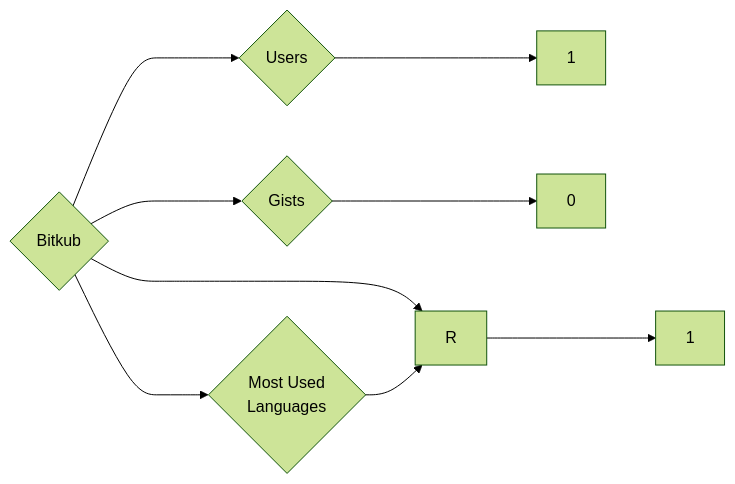
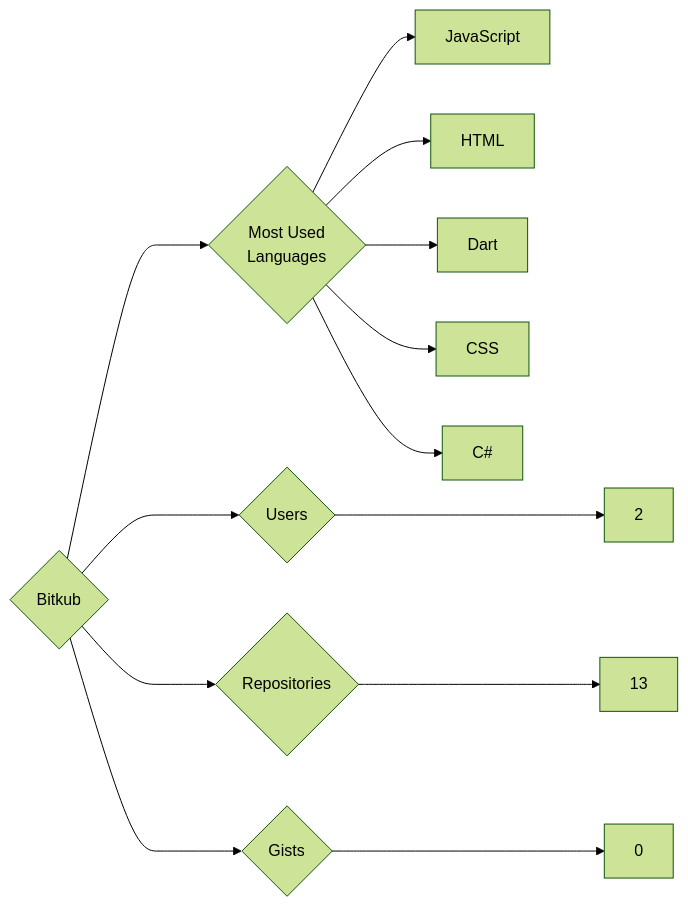
The diagram in targets/Bitkub/README.md (trickest/insiders), drawn with Mermaid (forest theme) before and after one commit. The commit also changed 988 other files, not shown here.

````diff
--- a/targets/Bitkub/README.md
+++ b/targets/Bitkub/README.md
@@ -3,9 +3,13 @@
 ```mermaid
 graph LR
 COMPANY_NAME{Bitkub}
-COMPANY_NAME ---> U{Users} ---> UN[1]
-COMPANY_NAME ---> R{Repositories} ---> RN[1]
+COMPANY_NAME ---> U{Users} ---> UN[2]
+COMPANY_NAME ---> R{Repositories} ---> RN[13]
 COMPANY_NAME ---> G{Gists} ---> GN[0]
 COMPANY_NAME ---> ML{Most Used<br>Languages}
-ML --> R[R]
+ML --> JavaScript[JavaScript]
+ML --> HTML[HTML]
+ML --> Dart[Dart]
+ML --> CSS[CSS]
+ML --> C#[C#]
 ```
````
